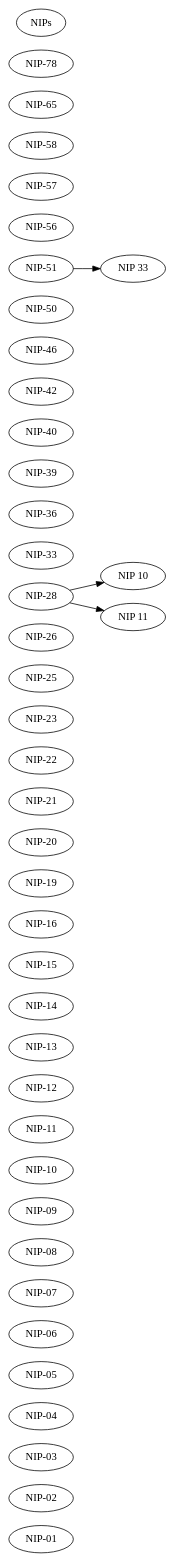
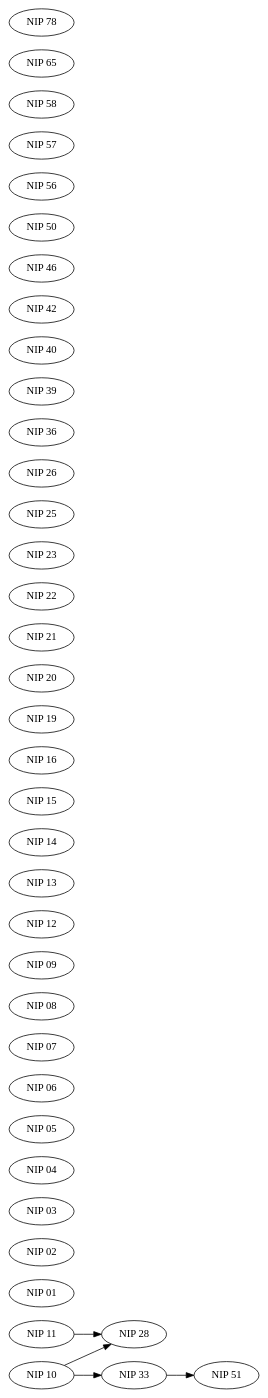
The diagram in tree.dot (pqingshuang/nips), drawn with Graphviz before and after one commit. The commit also changed 4 other files, not shown here.

```diff
--- a/tree.dot
+++ b/tree.dot
@@ -1,44 +1,39 @@
 digraph {
 rankdir=LR
-  "01.md" [label="NIP-01"];
-  "02.md" [label="NIP-02"];
-  "03.md" [label="NIP-03"];
-  "04.md" [label="NIP-04"];
-  "05.md" [label="NIP-05"];
-  "06.md" [label="NIP-06"];
-  "07.md" [label="NIP-07"];
-  "08.md" [label="NIP-08"];
-  "09.md" [label="NIP-09"];
-  "10.md" [label="NIP-10"];
-  "11.md" [label="NIP-11"];
-  "12.md" [label="NIP-12"];
-  "13.md" [label="NIP-13"];
-  "14.md" [label="NIP-14"];
-  "15.md" [label="NIP-15"];
-  "16.md" [label="NIP-16"];
-  "19.md" [label="NIP-19"];
-  "20.md" [label="NIP-20"];
-  "21.md" [label="NIP-21"];
-  "22.md" [label="NIP-22"];
-  "23.md" [label="NIP-23"];
-  "25.md" [label="NIP-25"];
-  "26.md" [label="NIP-26"];
-  "28.md" [label="NIP-28"];
-  "28.md" -> "NIP 10";
-  "28.md" -> "NIP 11";
-  "33.md" [label="NIP-33"];
-  "36.md" [label="NIP-36"];
-  "39.md" [label="NIP-39"];
-  "40.md" [label="NIP-40"];
-  "42.md" [label="NIP-42"];
-  "46.md" [label="NIP-46"];
-  "50.md" [label="NIP-50"];
-  "51.md" [label="NIP-51"];
-  "51.md" -> "NIP 33";
-  "56.md" [label="NIP-56"];
-  "57.md" [label="NIP-57"];
-  "58.md" [label="NIP-58"];
-  "65.md" [label="NIP-65"];
-  "78.md" [label="NIP-78"];
-  "README.md" [label="NIPs"];
+  "NIP 10" -> "NIP 28";
+  "NIP 11" -> "NIP 28";
+  "NIP 10" -> "NIP 33";
+  "NIP 33" -> "NIP 51";
+  "NIP 01" [label="NIP 01"];
+  "NIP 02" [label="NIP 02"];
+  "NIP 03" [label="NIP 03"];
+  "NIP 04" [label="NIP 04"];
+  "NIP 05" [label="NIP 05"];
+  "NIP 06" [label="NIP 06"];
+  "NIP 07" [label="NIP 07"];
+  "NIP 08" [label="NIP 08"];
+  "NIP 09" [label="NIP 09"];
+  "NIP 12" [label="NIP 12"];
+  "NIP 13" [label="NIP 13"];
+  "NIP 14" [label="NIP 14"];
+  "NIP 15" [label="NIP 15"];
+  "NIP 16" [label="NIP 16"];
+  "NIP 19" [label="NIP 19"];
+  "NIP 20" [label="NIP 20"];
+  "NIP 21" [label="NIP 21"];
+  "NIP 22" [label="NIP 22"];
+  "NIP 23" [label="NIP 23"];
+  "NIP 25" [label="NIP 25"];
+  "NIP 26" [label="NIP 26"];
+  "NIP 36" [label="NIP 36"];
+  "NIP 39" [label="NIP 39"];
+  "NIP 40" [label="NIP 40"];
+  "NIP 42" [label="NIP 42"];
+  "NIP 46" [label="NIP 46"];
+  "NIP 50" [label="NIP 50"];
+  "NIP 56" [label="NIP 56"];
+  "NIP 57" [label="NIP 57"];
+  "NIP 58" [label="NIP 58"];
+  "NIP 65" [label="NIP 65"];
+  "NIP 78" [label="NIP 78"];
 }
```
